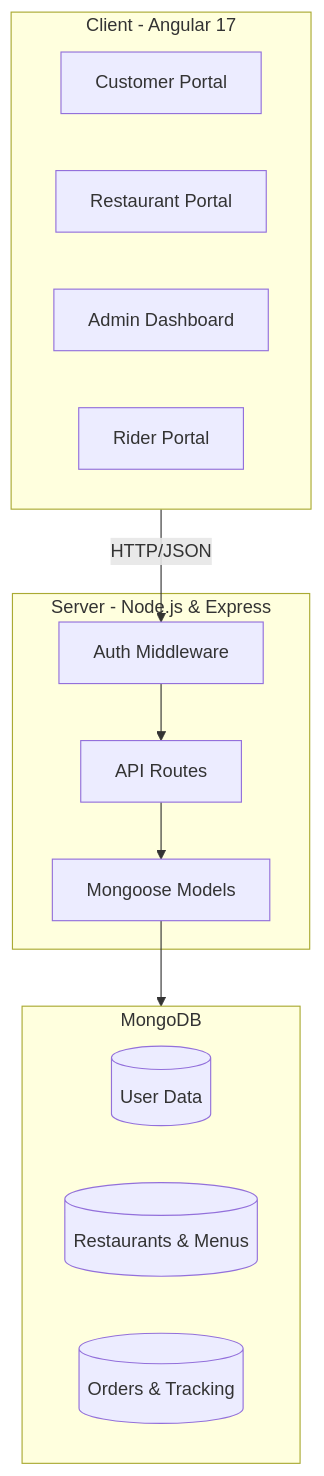
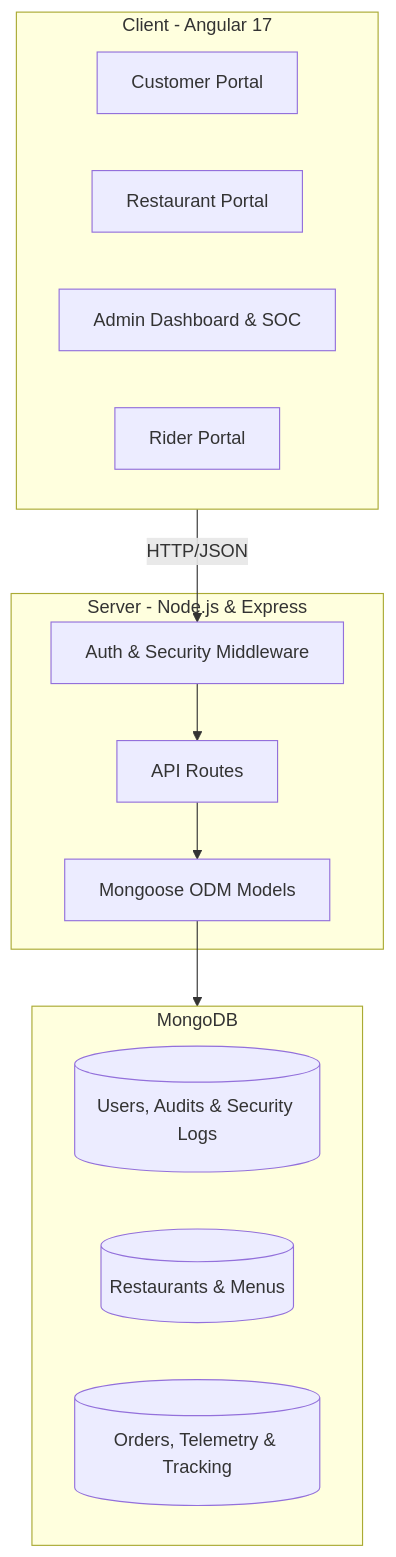
The first of 2 diagrams in DOCUMENTATION.md (mdfarooq17/food-delivery-system), drawn with Mermaid before and after one commit. The commit also changed other lines of this file and 28 other files, not shown here.

````diff
--- a/DOCUMENTATION.md
+++ b/DOCUMENTATION.md
@@ -12,26 +12,26 @@
 ```mermaid
 graph TD
     subgraph Frontend [Client - Angular 17]
         A[Customer Portal]
         B[Restaurant Portal]
-        C[Admin Dashboard]
+        C[Admin Dashboard & SOC]
         D[Rider Portal]
     end
 
     subgraph Backend [Server - Node.js & Express]
-        E[Auth Middleware]
+        E[Auth & Security Middleware]
         F[API Routes]
-        G[Mongoose Models]
+        G[Mongoose ODM Models]
     end
 
     subgraph Database [MongoDB]
-        H[(User Data)]
+        H[(Users, Audits & Security Logs)]
         I[(Restaurants & Menus)]
-        J[(Orders & Tracking)]
+        J[(Orders, Telemetry & Tracking)]
     end
 
     Frontend -- HTTP/JSON --> E
     E --> F
     F --> G
     G --> Database
 ```
````
